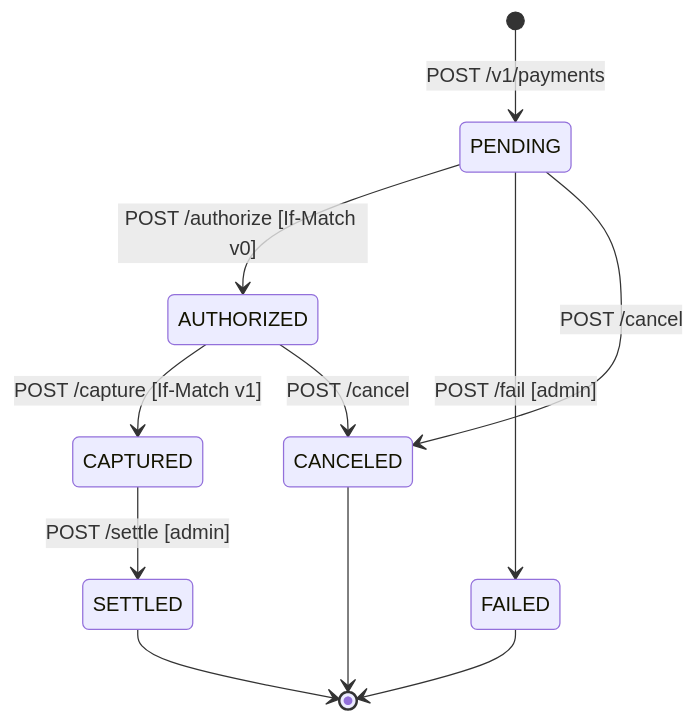
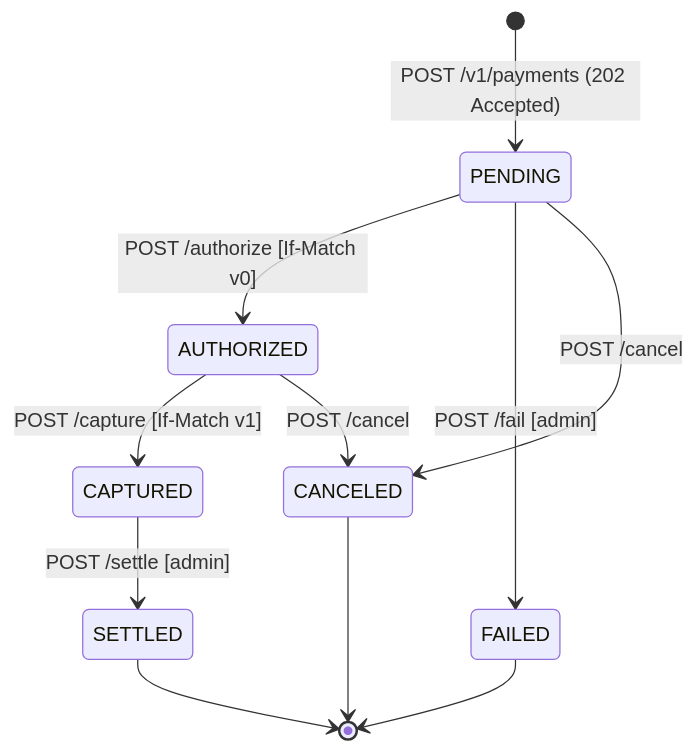
One commit to Bettonix/payments-api changed the fourth of 4 diagrams in README.md. Above: the diagram before and after it, drawn with Mermaid. The commit also changed other lines of this file and 2 other files, not shown here.

````diff
--- a/README.md
+++ b/README.md
@@ -167,13 +216,13 @@
 ```mermaid
 stateDiagram-v2
-    [*] --> PENDING: POST /v1/payments
+    [*] --> PENDING: POST /v1/payments (202 Accepted)
     PENDING --> AUTHORIZED: POST /authorize [If-Match v0]
     PENDING --> FAILED: POST /fail [admin]
     PENDING --> CANCELED: POST /cancel
     AUTHORIZED --> CAPTURED: POST /capture [If-Match v1]
     AUTHORIZED --> CANCELED: POST /cancel
     CAPTURED --> SETTLED: POST /settle [admin]
     SETTLED --> [*]
     FAILED --> [*]
     CANCELED --> [*]
 ```
````
